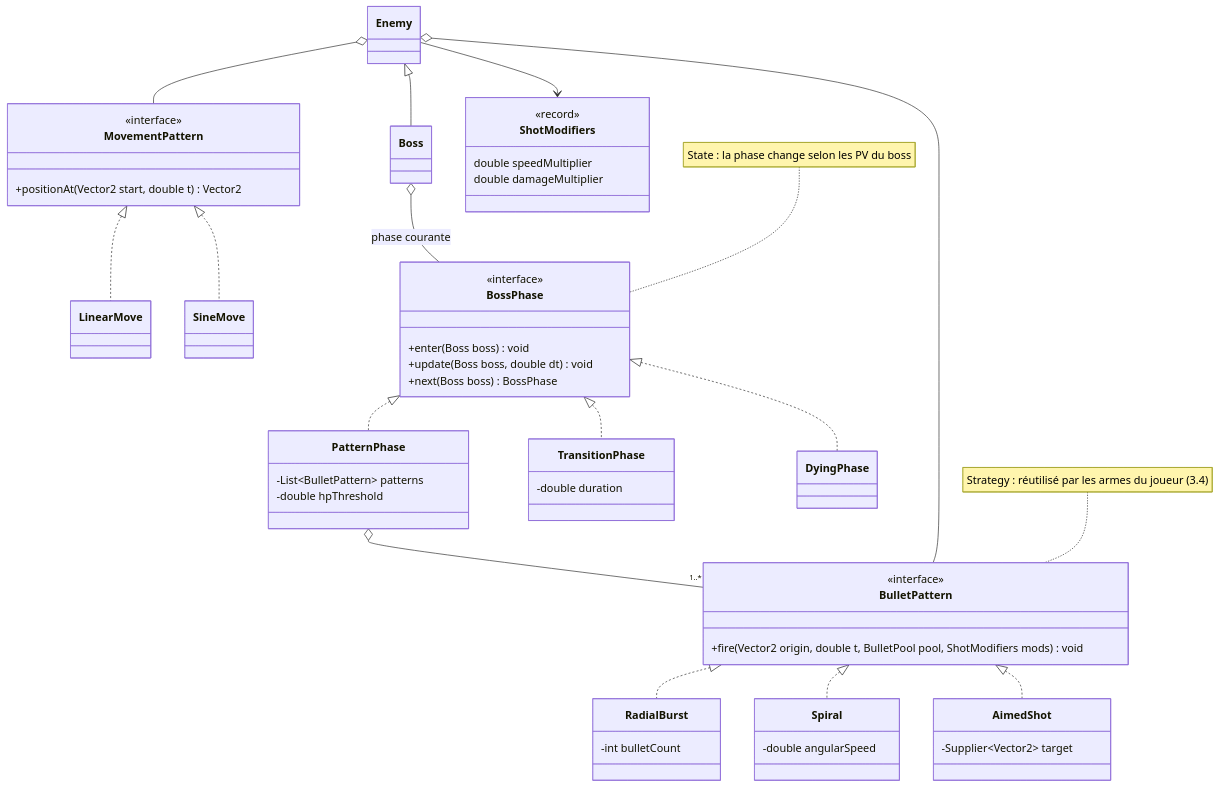
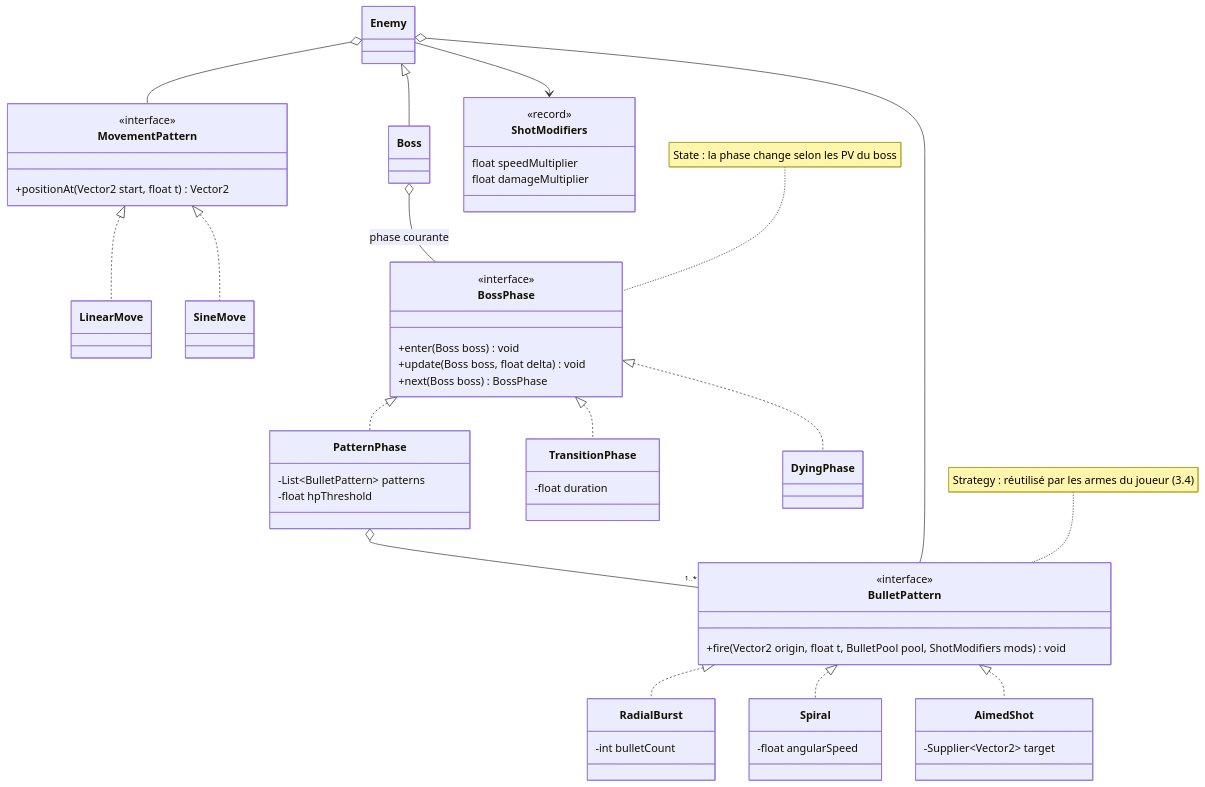
Before and after one commit to Bisiaux-dev/public-vault: the fifth of 13 diagrams in content/2D-Game/ideas/pierre/Bullet hell roguelike - UML.md, drawn with Mermaid. The commit also changed other lines of this file and 27 other files, not shown here.

````diff
--- a/content/2D-Game/ideas/pierre/Bullet hell roguelike - UML.md
+++ b/content/2D-Game/ideas/pierre/Bullet hell roguelike - UML.md
@@ -227,61 +264,61 @@
 ```mermaid
 classDiagram
     direction TB
     class Enemy
     class Boss
     class BulletPattern {
         <<interface>>
-        +fire(Vector2 origin, double t, BulletPool pool, ShotModifiers mods) void
+        +fire(Vector2 origin, float t, BulletPool pool, ShotModifiers mods) void
     }
     class RadialBurst {
         -int bulletCount
     }
     class Spiral {
-        -double angularSpeed
+        -float angularSpeed
     }
     class AimedShot {
         -Supplier~Vector2~ target
     }
     class MovementPattern {
         <<interface>>
-        +positionAt(Vector2 start, double t) Vector2
+        +positionAt(Vector2 start, float t) Vector2
     }
     class LinearMove
     class SineMove
     class ShotModifiers {
         <<record>>
-        double speedMultiplier
-        double damageMultiplier
+        float speedMultiplier
+        float damageMultiplier
     }
     class BossPhase {
         <<interface>>
         +enter(Boss boss) void
-        +update(Boss boss, double dt) void
+        +update(Boss boss, float delta) void
         +next(Boss boss) BossPhase
     }
     class PatternPhase {
         -List~BulletPattern~ patterns
-        -double hpThreshold
+        -float hpThreshold
     }
     class TransitionPhase {
-        -double duration
+        -float duration
     }
     class DyingPhase
 
     Enemy <|-- Boss
     Enemy o-- BulletPattern
     Enemy o-- MovementPattern
     Enemy --> ShotModifiers
     BulletPattern <|.. RadialBurst
     BulletPattern <|.. Spiral
     BulletPattern <|.. AimedShot
     MovementPattern <|.. LinearMove
     MovementPattern <|.. SineMove
     Boss o-- BossPhase : phase courante
     BossPhase <|.. PatternPhase
     BossPhase <|.. TransitionPhase
     BossPhase <|.. DyingPhase
     PatternPhase o-- "1..*" BulletPattern
     note for BulletPattern "Strategy : réutilisé par les armes du joueur (3.4)"
     note for BossPhase "State : la phase change selon les PV du boss"
 ```
````
